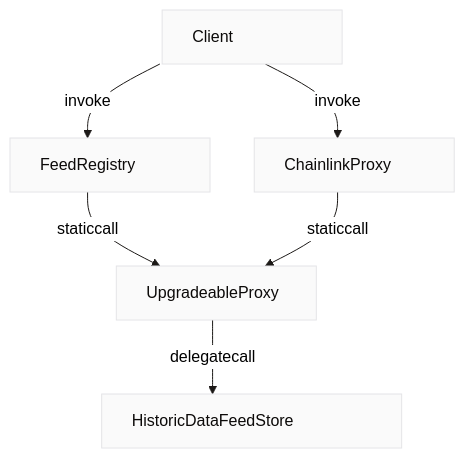
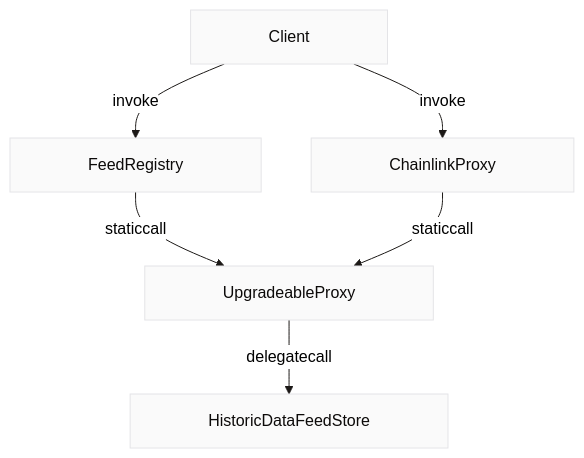
One commit to blocksense-network/blocksense-infra-test changed the diagram in apps/docs.blocksense.network/pages/docs/contracts/index.mdx. Above: the diagram before and after it, drawn with Mermaid.

Commit message:
fix(docs.ws): Fix the shape of the smart contract diagram

````diff
--- a/apps/docs.blocksense.network/pages/docs/contracts/index.mdx
+++ b/apps/docs.blocksense.network/pages/docs/contracts/index.mdx
@@ -43,31 +43,31 @@
 ```mermaid
 ---
 config:
     rightAngles: true
     theme: neutral
     primaryColor: "#d0d0d0"
     signalColor: "FF0000"
     signalTextColor: "#808080"
 ---
 graph TD
-    classDef clientNode fill:#fafafa,color:#0c0a09,stroke:#e4e4e7,stroke-width:1px,shadow:2px 2px 5px #888888,width:180px;
-    classDef feedNode fill:#fafafa,color:#0c0a09,stroke:#e4e4e7,stroke-width:1px,shadow:2px 2px 5px #888888,width:200px;
-    classDef proxyNode fill:#fafafa,color:#0c0a09,stroke:#e4e4e7,stroke-width:1px,shadow:2px 2px 5px #888888,width:200px;
-    classDef dataNode fill:#fafafa,color:#0c0a09,stroke:#e4e4e7,stroke-width:1px,shadow:2px 2px 5px #888888,width:300px;
+    classDef clientNode fill:#fafafa,color:#0c0a09,stroke:#e4e4e7,stroke-width:1px,shadow:2px 2px 5px #888888, display:block, padding:0rem 3rem;
+    classDef feedNode fill:#fafafa,color:#0c0a09,stroke:#e4e4e7,stroke-width:1px,shadow:2px 2px 5px #888888, display:block, padding:0rem 3rem;
+    classDef proxyNode fill:#fafafa,color:#0c0a09,stroke:#e4e4e7,stroke-width:1px,shadow:2px 2px 5px #888888, display:block, padding:0rem 3rem;
+    classDef dataNode fill:#fafafa,color:#0c0a09,stroke:#e4e4e7,stroke-width:1px,shadow:2px 2px 5px #888888, display:block, padding:0rem 3rem;
 
     linkStyle default fill:none,stroke-width:1px,stroke:#1c1917
 
     A[Client] -->|invoke| E
     A -->|invoke| B
     B[FeedRegistry] -->|staticcall| C[UpgradeableProxy]
     C -->|delegatecall| D[HistoricDataFeedStore]
     E[ChainlinkProxy] -->|staticcall| C
 
     class A clientNode
     class B,E feedNode
     class C proxyNode
     class D dataNode
     class A,B,E invokeEdge
     class B,C,E staticcallEdge
     class C,D delegatecallEdge
 ```
````
